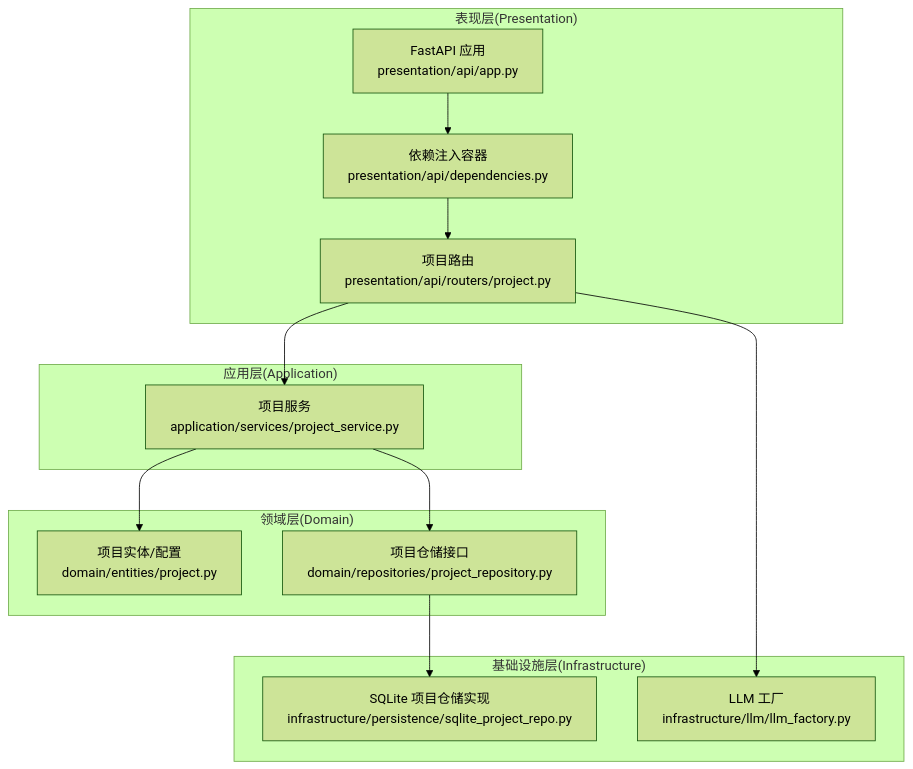
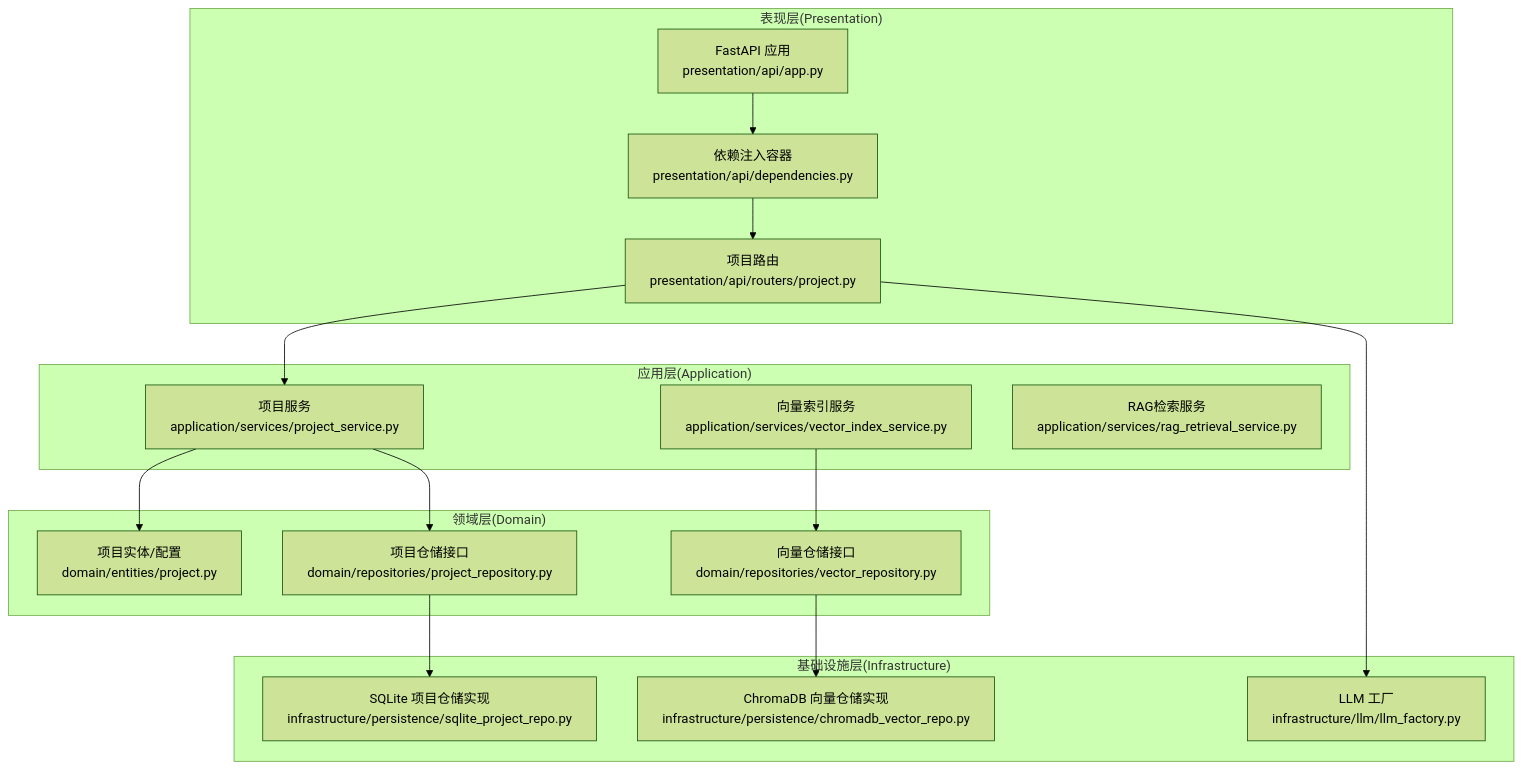
One commit to octsfm/InkTrace changed the first of 8 diagrams in .qoder/repowiki/zh/content/系统架构设计/系统架构设计.md. Above: the diagram before and after it, drawn with Mermaid (forest theme). The commit also changed other lines of this file and 25 other files, not shown here.

````diff
--- a/.qoder/repowiki/zh/content/系统架构设计/系统架构设计.md
+++ b/.qoder/repowiki/zh/content/系统架构设计/系统架构设计.md
@@ -41,23 +51,29 @@
 ```mermaid
 graph TB
 subgraph "表现层(Presentation)"
 A1["FastAPI 应用<br/>presentation/api/app.py"]
 A2["依赖注入容器<br/>presentation/api/dependencies.py"]
 A3["项目路由<br/>presentation/api/routers/project.py"]
 end
 subgraph "应用层(Application)"
 B1["项目服务<br/>application/services/project_service.py"]
+B2["向量索引服务<br/>application/services/vector_index_service.py"]
+B3["RAG检索服务<br/>application/services/rag_retrieval_service.py"]
 end
 subgraph "领域层(Domain)"
 C1["项目实体/配置<br/>domain/entities/project.py"]
 C2["项目仓储接口<br/>domain/repositories/project_repository.py"]
+C3["向量仓储接口<br/>domain/repositories/vector_repository.py"]
 end
 subgraph "基础设施层(Infrastructure)"
 D1["SQLite 项目仓储实现<br/>infrastructure/persistence/sqlite_project_repo.py"]
-D2["LLM 工厂<br/>infrastructure/llm/llm_factory.py"]
+D2["ChromaDB 向量仓储实现<br/>infrastructure/persistence/chromadb_vector_repo.py"]
+D3["LLM 工厂<br/>infrastructure/llm/llm_factory.py"]
 end
 A1 --> A2 --> A3 --> B1 --> C1
 B1 --> C2
 C2 --> D1
-A3 --> D2
+A3 --> D3
+B2 --> C3
+C3 --> D2
 ```
````
